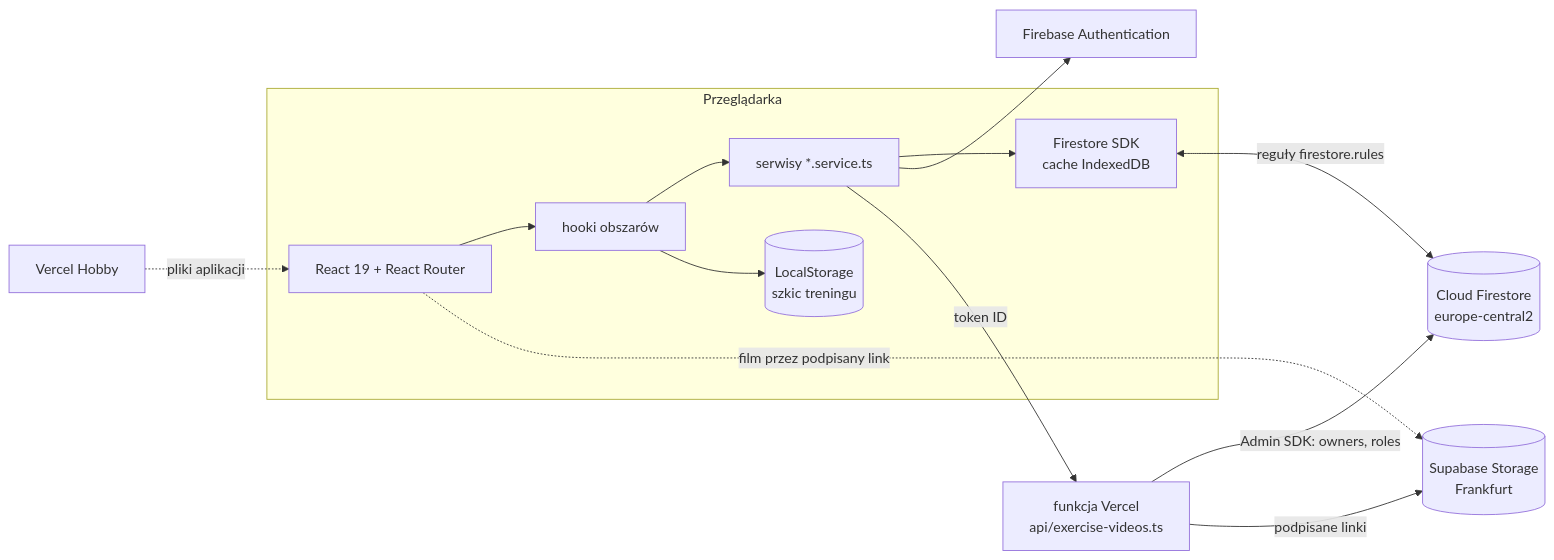
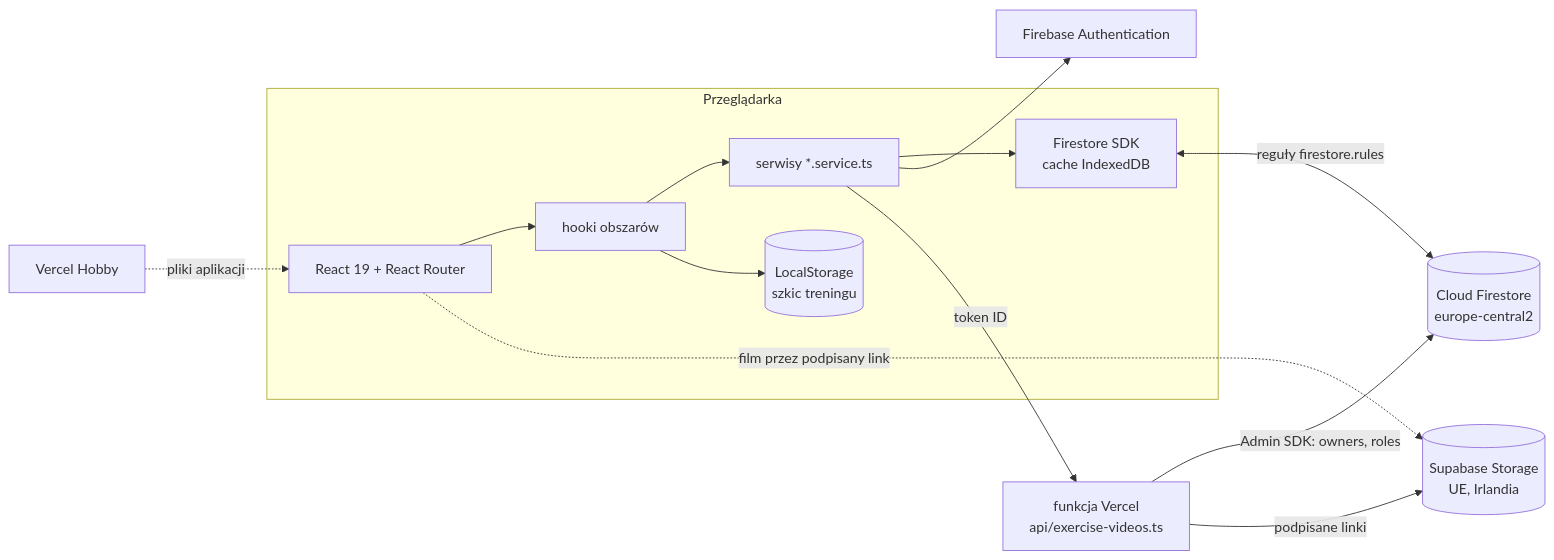
One commit to KamilKamilK/Training-tracker changed the first of 2 diagrams in docs/ARCHITECTURE.md. Above: the diagram before and after it, drawn with Mermaid. The commit also changed 3 other files, not shown here.

First line of the commit message:
docs: Supabase project region is West EU (Ireland), not Frankfurt

````diff
--- a/docs/ARCHITECTURE.md
+++ b/docs/ARCHITECTURE.md
@@ -9,16 +9,16 @@
 ```mermaid
 flowchart LR
   subgraph Przeglądarka
     UI[React 19 + React Router] --> H[hooki obszarów]
     H --> S["serwisy *.service.ts"]
     S --> SDK[Firestore SDK<br/>cache IndexedDB]
     H --> LS[(LocalStorage<br/>szkic treningu)]
   end
   S --> AUTH[Firebase Authentication]
   SDK <-->|reguły firestore.rules| FS[(Cloud Firestore<br/>europe-central2)]
   V[Vercel Hobby] -. pliki aplikacji .-> UI
   S -->|token ID| API[funkcja Vercel<br/>api/exercise-videos.ts]
   API -->|Admin SDK: owners, roles| FS
-  API -->|podpisane linki| SB[(Supabase Storage<br/>Frankfurt)]
+  API -->|podpisane linki| SB[(Supabase Storage<br/>UE, Irlandia)]
   UI -. film przez podpisany link .-> SB
 ```
````
